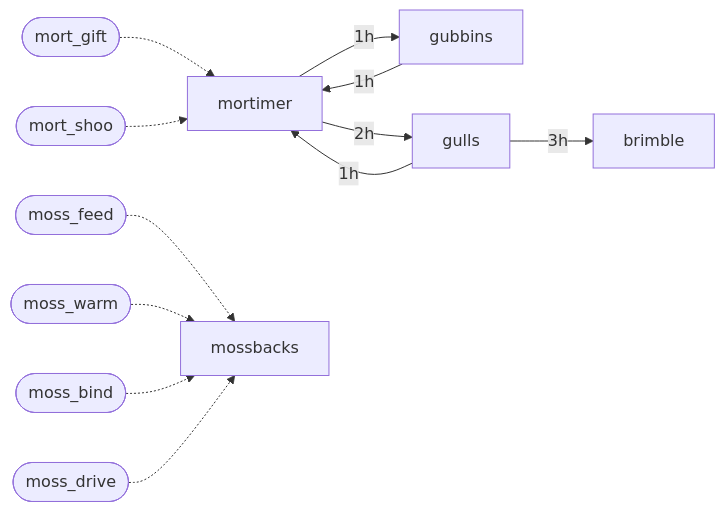
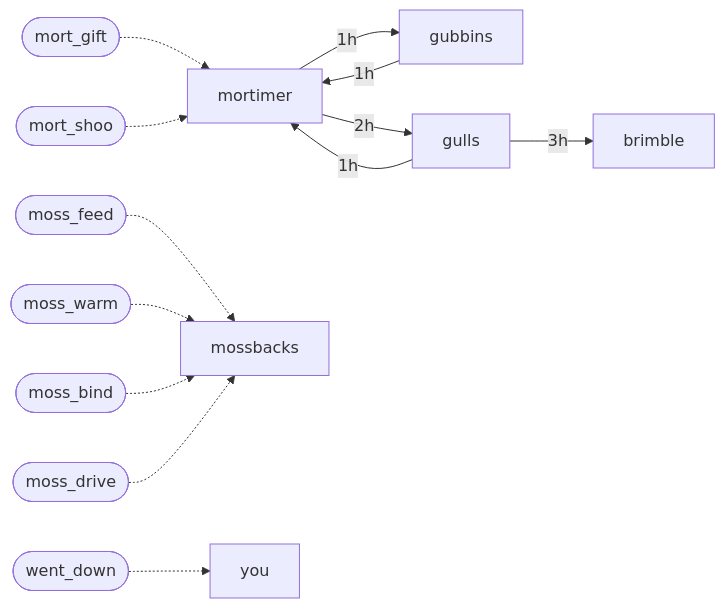
The diagram in docs/world-graph.md (worthcreation/tidecrown), drawn with Mermaid before and after one commit. The commit also changed other lines of this file and 26 other files, not shown here.

````diff
--- a/docs/world-graph.md
+++ b/docs/world-graph.md
@@ -15,14 +15,15 @@
 ```mermaid
 graph LR
   mortimer -->|1h| gubbins
   mortimer -->|2h| gulls
   gubbins -->|1h| mortimer
   gulls -->|1h| mortimer
   gulls -->|3h| brimble
   mort_gift([mort_gift]) -.-> mortimer
   mort_shoo([mort_shoo]) -.-> mortimer
   moss_feed([moss_feed]) -.-> mossbacks
   moss_warm([moss_warm]) -.-> mossbacks
   moss_bind([moss_bind]) -.-> mossbacks
   moss_drive([moss_drive]) -.-> mossbacks
+  went_down([went_down]) -.-> you
 ```
````
